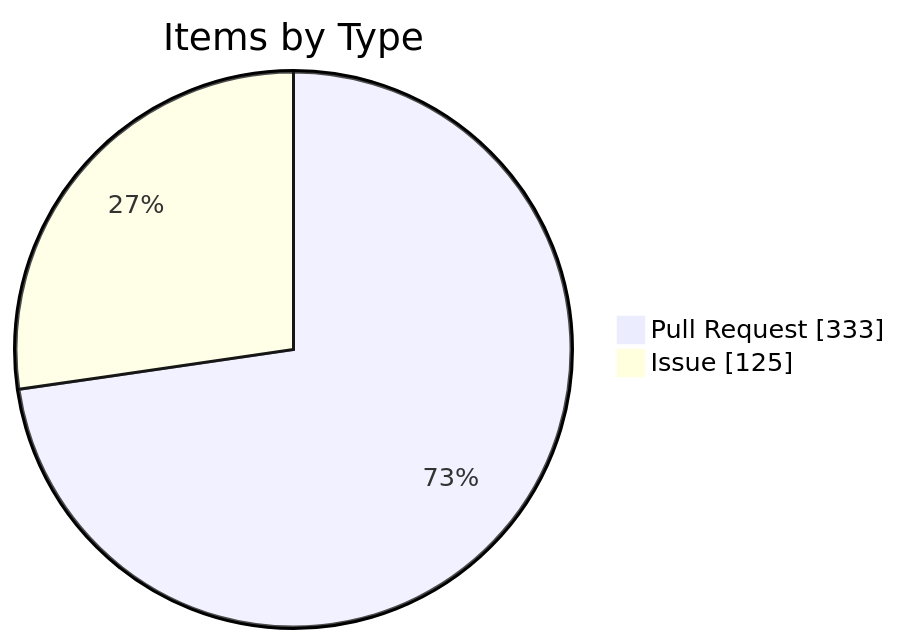
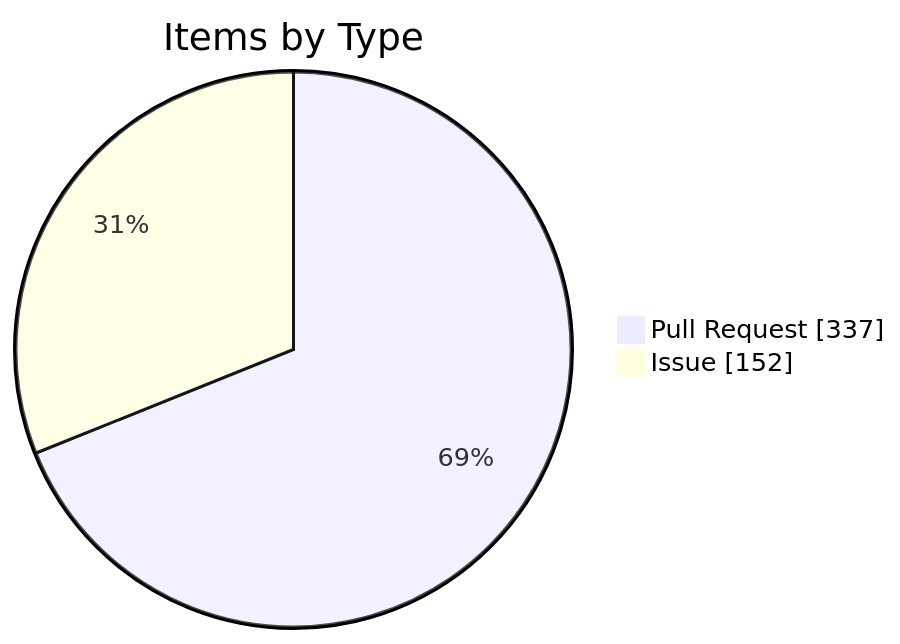
The fourth of 4 diagrams in apps/kbve/astro-kbve/src/content/docs/dashboard/kanban-data.mdx (KBVE/kbve), drawn with Mermaid before and after one commit. The commit also changed other lines of this file and 8 other files, not shown here.

````diff
--- a/apps/kbve/astro-kbve/src/content/docs/dashboard/kanban-data.mdx
+++ b/apps/kbve/astro-kbve/src/content/docs/dashboard/kanban-data.mdx
@@ -116,6 +115,6 @@
 ```mermaid
 pie showData
     title Items by Type
-    "Pull Request" : 333
-    "Issue" : 125
+    "Pull Request" : 337
+    "Issue" : 152
 ```
````
